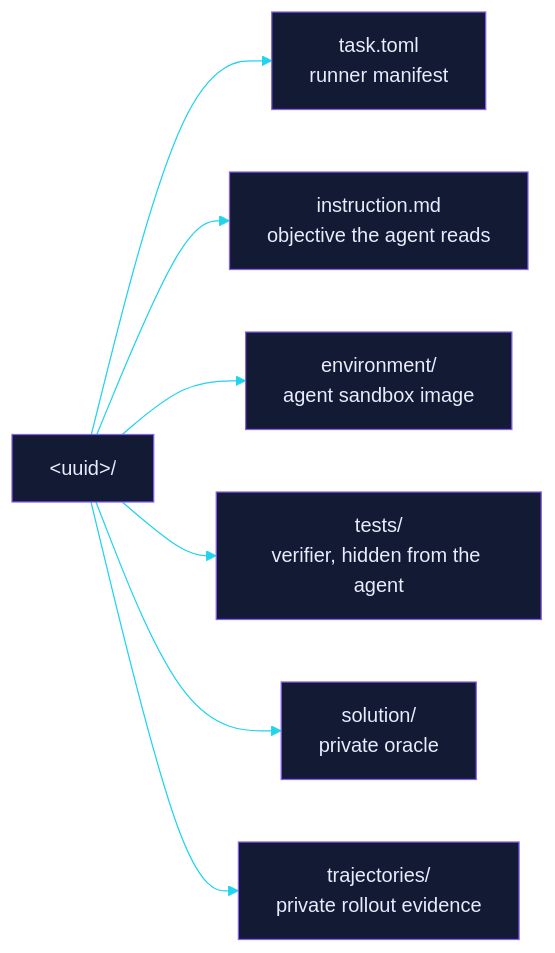
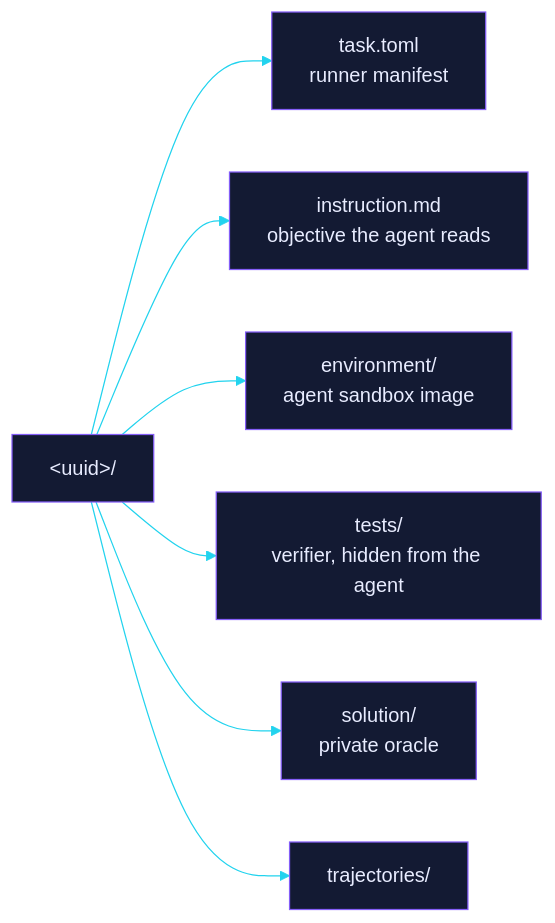
Before and after one commit to EtharaOrion/levi-samples: the first of 2 diagrams in README.md, drawn with Mermaid. The commit also changed other lines of this file, not shown here.

````diff
--- a/README.md
+++ b/README.md
@@ -60,11 +60,11 @@
 ```mermaid
 %%{init: {"theme":"base","themeVariables":{"primaryColor":"#131a33","primaryTextColor":"#e8ecff","primaryBorderColor":"#845EF7","lineColor":"#22d3ee","fontFamily":"monospace"}}}%%
 flowchart LR
     bundle["&lt;uuid&gt;/"]
     bundle --> n0["task.toml<br/>runner manifest"]
     bundle --> n1["instruction.md<br/>objective the agent reads"]
     bundle --> n2["environment/<br/>agent sandbox image"]
     bundle --> n3["tests/<br/>verifier, hidden from the agent"]
     bundle --> n4["solution/<br/>private oracle"]
-    bundle --> n5["trajectories/<br/>private rollout evidence"]
+    bundle --> n5["trajectories/"]
 ```
````
